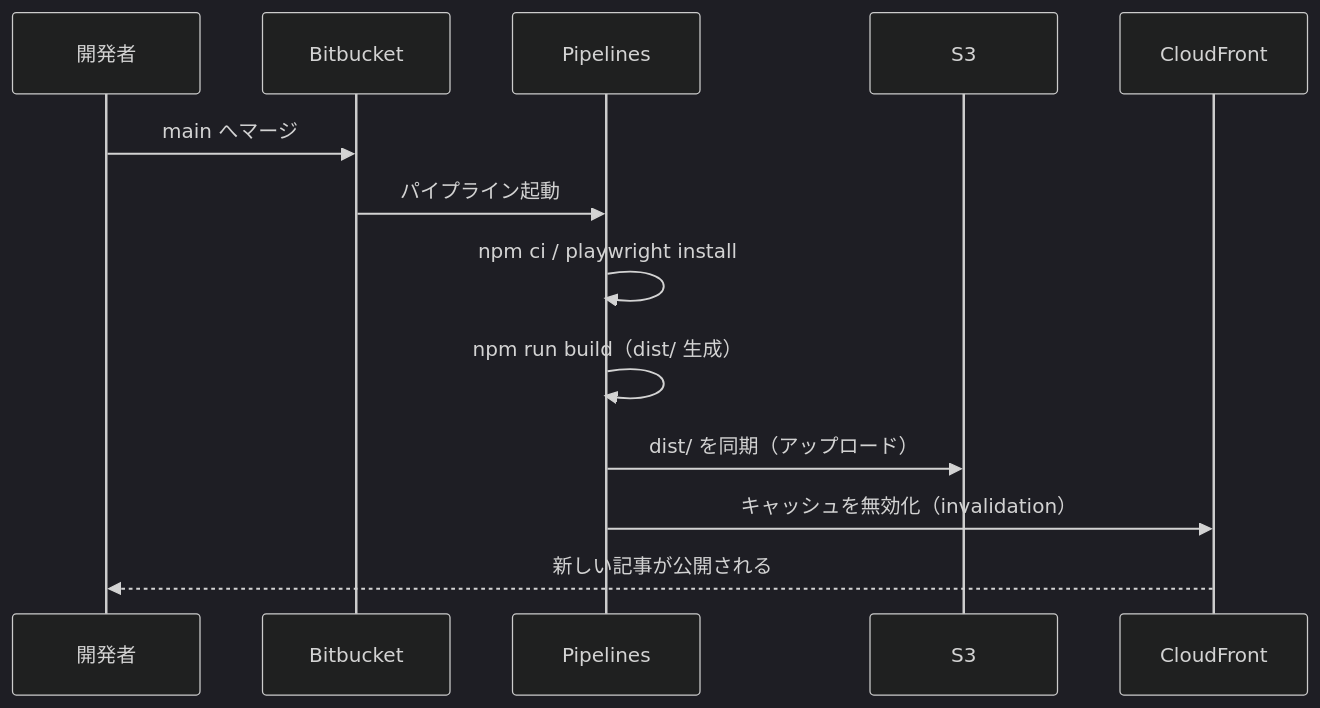
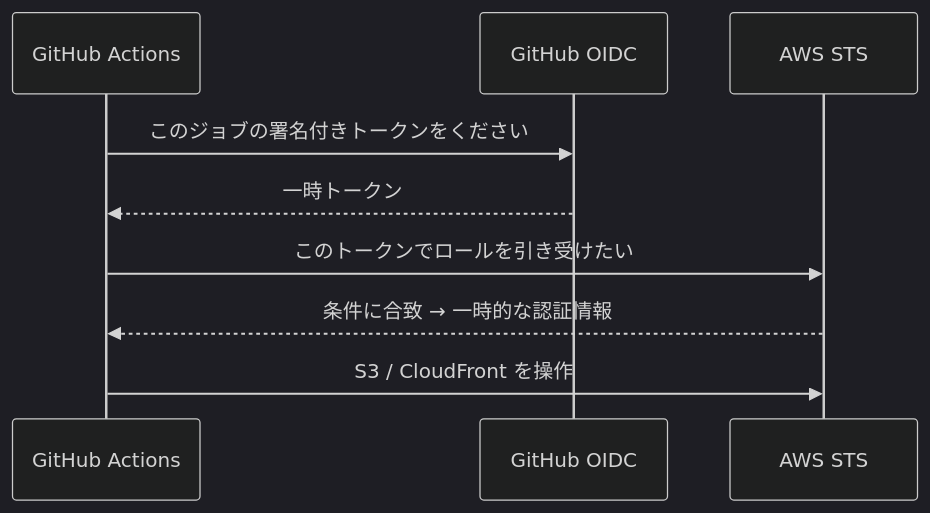
Before and after one commit to inoue-takaaki/devlog: the second of 2 diagrams in src/content/blog/deploy-pipeline.md, drawn with Mermaid (dark theme). The commit also changed other lines of this file, not shown here.

Commit message:
docs: rewrite deploy article for GitHub Actions + Terraform + OIDC

````diff
--- a/src/content/blog/deploy-pipeline.md
+++ b/src/content/blog/deploy-pipeline.md
@@ -66,16 +110,11 @@
 ```mermaid
 sequenceDiagram
-  participant Dev as 開発者
-  participant BB as Bitbucket
-  participant Pipe as Pipelines
-  participant S3 as S3
-  participant CF as CloudFront
-
-  Dev->>BB: main へマージ
-  BB->>Pipe: パイプライン起動
-  Pipe->>Pipe: npm ci / playwright install
-  Pipe->>Pipe: npm run build（dist/ 生成）
-  Pipe->>S3: dist/ を同期（アップロード）
-  Pipe->>CF: キャッシュを無効化（invalidation）
-  CF-->>Dev: 新しい記事が公開される
+  participant GA as GitHub Actions
+  participant GH as GitHub OIDC
+  participant AWS as AWS STS
+  GA->>GH: このジョブの署名付きトークンをください
+  GH-->>GA: 一時トークン
+  GA->>AWS: このトークンでロールを引き受けたい
+  AWS-->>GA: 条件に合致 → 一時的な認証情報
+  GA->>AWS: S3 / CloudFront を操作
 ```
````
